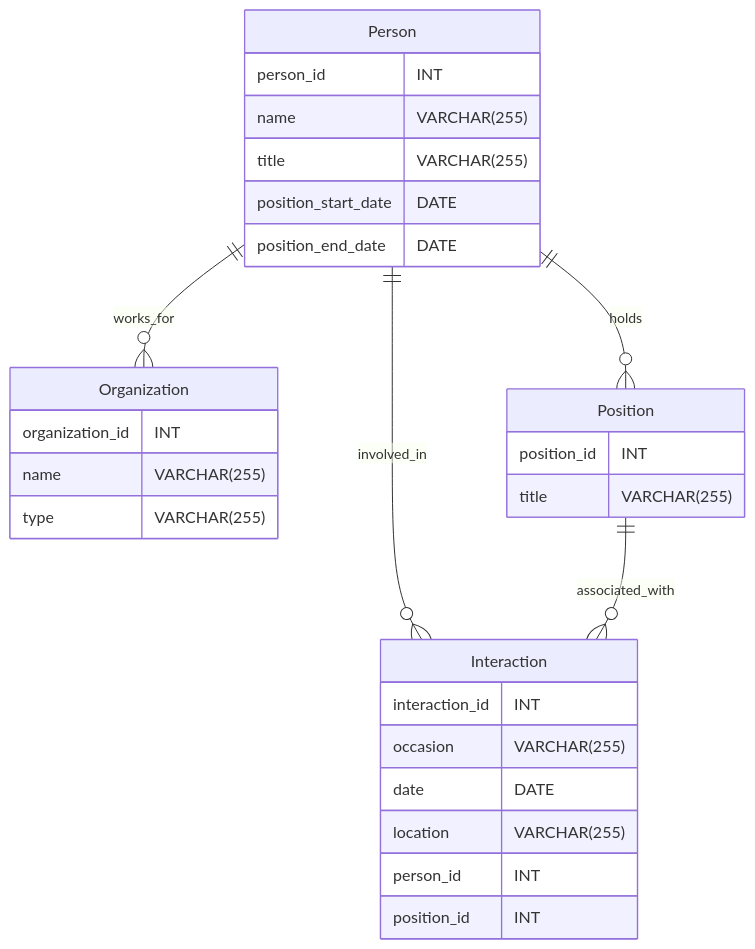
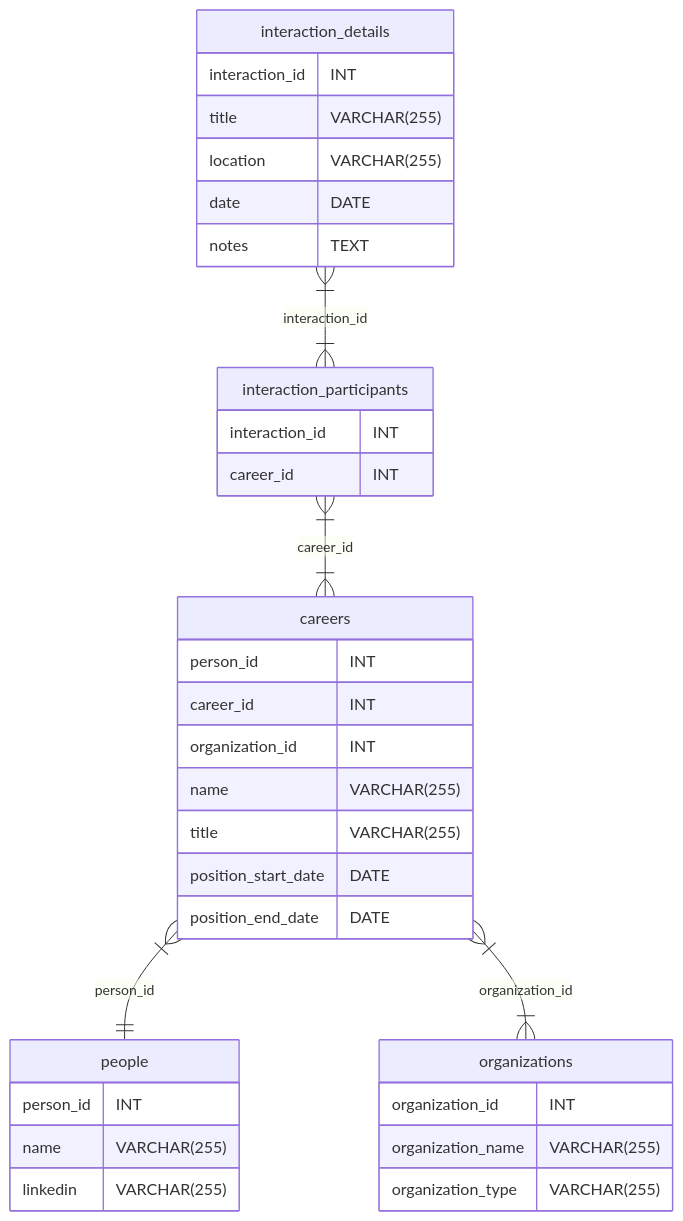
The diagram in database-schema.md (the-coding-coco/networking-tracker), drawn with Mermaid before and after one commit.

````diff
--- a/database-schema.md
+++ b/database-schema.md
@@ -1,32 +1,38 @@
 ```mermaid
 erDiagram
-    Person {
+    interaction_details {
+        interaction_id INT
+        title VARCHAR(255)
+        location VARCHAR(255)
+        date DATE
+        notes TEXT
+    }
+    interaction_participants {
+        interaction_id INT
+        career_id INT
+    }
+    careers {
         person_id INT
+        career_id INT
+        organization_id INT
         name VARCHAR(255)
         title VARCHAR(255)
         position_start_date DATE
         position_end_date DATE
     }
-    Organization {
+    people {
+        person_id INT
+        name VARCHAR(255)
+        linkedin VARCHAR(255)
+    }
+    organizations {
         organization_id INT
-        name VARCHAR(255)
-        type VARCHAR(255)
-    }
-    Position {
-        position_id INT
-        title VARCHAR(255)
-    }
-    Interaction {
-        interaction_id INT
-        occasion VARCHAR(255)
-        date DATE
-        location VARCHAR(255)
-        person_id INT
-        position_id INT
+        organization_name VARCHAR(255)
+        organization_type VARCHAR(255)
     }
 
-    Person ||--o{ Organization : works_for
-    Person ||--o{ Position : holds
-    Person ||--o{ Interaction : involved_in
-    Position ||--o{ Interaction : associated_with
+    interaction_details }|--|{ interaction_participants : interaction_id
+    interaction_participants }|--|{ careers : career_id
+    careers }|--|| people : person_id
+    careers }|--|{ organizations : organization_id
 ```
````
